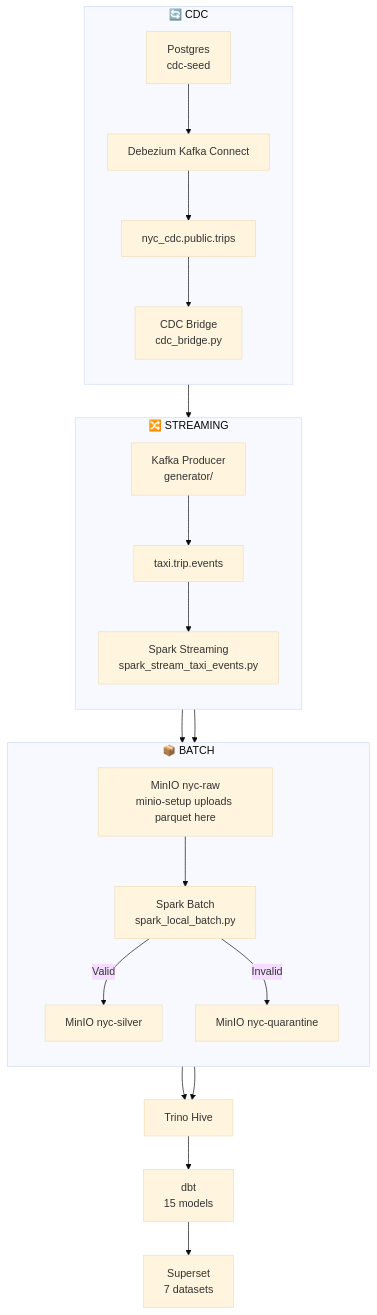
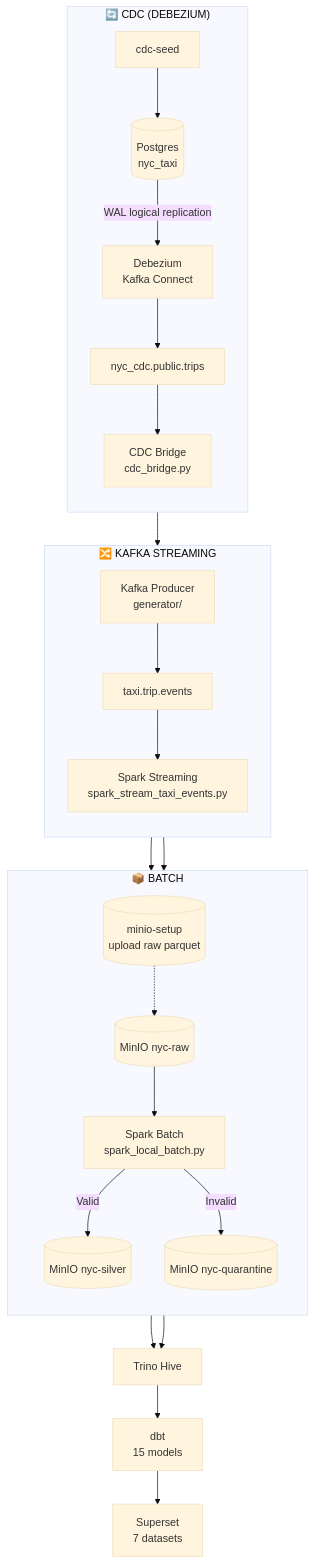
Before and after one commit to DawieMalmsteel/nyc_new: the second of 6 diagrams in GUIDE.md, drawn with Mermaid (base theme). The commit also changed other lines of this file, not shown here.

First line of the commit message:
Rewrite GUIDE.md mermaid diagrams for accuracy

````diff
--- a/GUIDE.md
+++ b/GUIDE.md
@@ -235,30 +233,32 @@
 ```mermaid
 flowchart TB
     subgraph Batch["📦 BATCH"]
         direction TB
-        BMinio[MinIO nyc-raw<br/>minio-setup uploads parquet here] --> BSpark[Spark Batch<br/>spark_local_batch.py]
-        BSpark -->|Valid| BValid[MinIO nyc-silver]
-        BSpark -->|Invalid| BInvalid[MinIO nyc-quarantine]
+        BSetup[("minio-setup<br/>upload raw parquet")] -.-> BMinio[(MinIO nyc-raw)]
+        BMinio --> BSpark[Spark Batch<br/>spark_local_batch.py]
+        BSpark -->|Valid| BValid[(MinIO nyc-silver)]
+        BSpark -->|Invalid| BQ[(MinIO nyc-quarantine)]
     end
 
-    subgraph Streaming["🔀 STREAMING"]
+    subgraph Stream["🔀 KAFKA STREAMING"]
         direction TB
-        SKP[Kafka Producer<br/>generator/] --> STopic[taxi.trip.events]
-        STopic --> SSpark[Spark Streaming<br/>spark_stream_taxi_events.py]
-        SSpark --> BValid
-        SSpark --> BInvalid
+        SGen[Kafka Producer<br/>generator/] --> STopic[taxi.trip.events]
+        STopic --> SStream[Spark Streaming<br/>spark_stream_taxi_events.py]
+        SStream --> BValid
+        SStream --> BQ
     end
 
-    subgraph CDC["🔄 CDC"]
+    subgraph CDC["🔄 CDC (DEBEZIUM)"]
         direction TB
-        PG[Postgres<br/>cdc-seed] --> DBZ[Debezium Kafka Connect]
-        DBZ --> CT[nyc_cdc.public.trips]
-        CT --> CB[CDC Bridge<br/>cdc_bridge.py]
-        CB --> STopic
+        CSeed[cdc-seed] --> CPG[(Postgres<br/>nyc_taxi)]
+        CPG -->|WAL logical replication| CDBZ[Debezium<br/>Kafka Connect]
+        CDBZ --> CCT[nyc_cdc.public.trips]
+        CCT --> CBridge[CDC Bridge<br/>cdc_bridge.py]
+        CBridge --> STopic
     end
 
     BValid --> Trino[Trino Hive]
-    BInvalid --> Trino
-    Trino --> Dbt[dbt<br/>15 models]
-    Dbt --> Superset[Superset<br/>7 datasets]
+    BQ --> Trino
+    Trino --> D[dbt<br/>15 models]
+    D --> S[Superset<br/>7 datasets]
 ```
````
